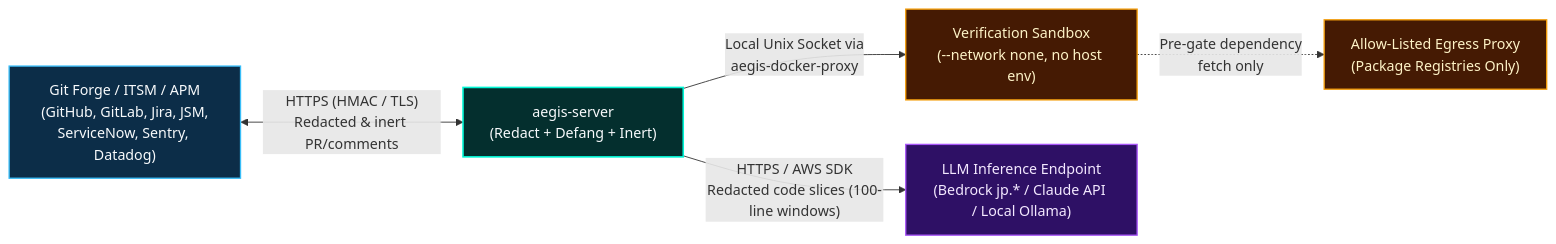
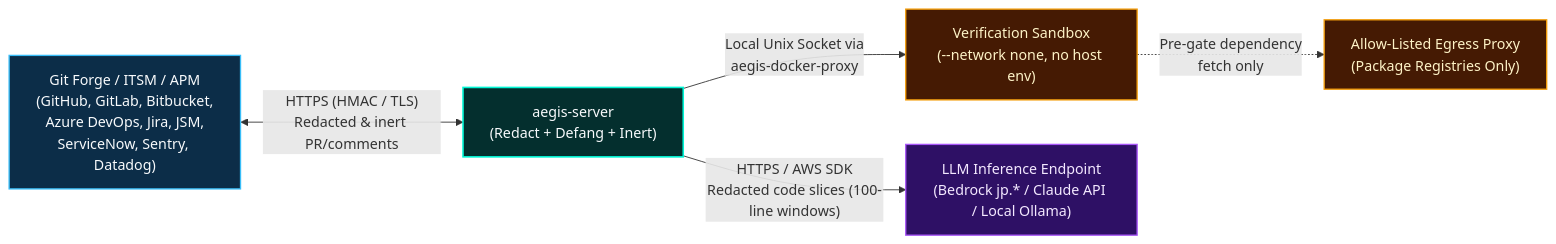
Before and after one commit to hoanghainh1188/aegis-code: the diagram in docs/security.md, drawn with Mermaid. The commit also changed other lines of this file and 2 other files, not shown here.

````diff
--- a/docs/security.md
+++ b/docs/security.md
@@ -22,18 +22,18 @@
 ```mermaid
 flowchart LR
     classDef host fill:#042f2e,stroke:#00F5D4,stroke-width:1.8px,color:#F8FAFC;
     classDef sandbox fill:#451a03,stroke:#F59E0B,stroke-width:1.5px,color:#FEF3C7;
     classDef ext fill:#0c2d48,stroke:#38BDF8,stroke-width:1.5px,color:#F8FAFC;
     classDef llm fill:#2e1065,stroke:#A855F7,stroke-width:1.5px,color:#F3E8FF;
 
-    Forge["Git Forge / ITSM / APM<br/>(GitHub, GitLab, Jira, JSM,<br/>ServiceNow, Sentry, Datadog)"]:::ext
+    Forge["Git Forge / ITSM / APM<br/>(GitHub, GitLab, Bitbucket,<br/>Azure DevOps, Jira, JSM,<br/>ServiceNow, Sentry, Datadog)"]:::ext
     Server["aegis-server<br/>(Redact + Defang + Inert)"]:::host
     Sandbox["Verification Sandbox<br/>(--network none, no host env)"]:::sandbox
     Egress["Allow-Listed Egress Proxy<br/>(Package Registries Only)"]:::sandbox
     LLM["LLM Inference Endpoint<br/>(Bedrock jp.* / Claude API / Local Ollama)"]:::llm
 
     Forge <-->|"HTTPS (HMAC / TLS)<br/>Redacted & inert PR/comments"| Server
     Server -->|"Local Unix Socket via<br/>aegis-docker-proxy"| Sandbox
     Sandbox -.->|"Pre-gate dependency<br/>fetch only"| Egress
     Server -->|"HTTPS / AWS SDK<br/>Redacted code slices (100-line windows)"| LLM
 ```
````
